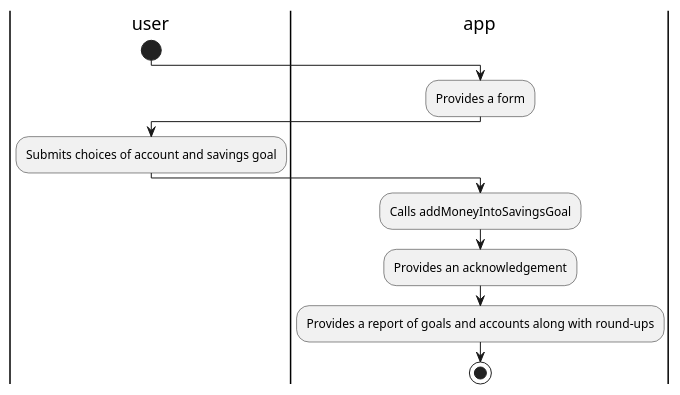
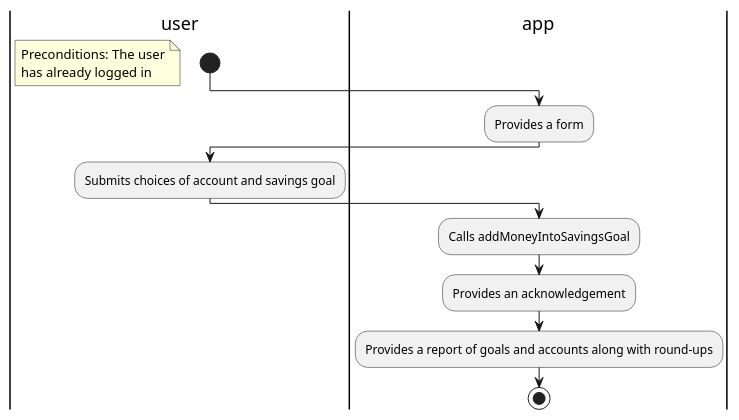
One commit to hristo-stefanov/MiniBankingDemo changed the diagram in diagrams/Save Round-up Activity Diagram.puml. Above: the diagram before and after it, drawn with PlantUML. The commit also changed 3 other files, not shown here.

Commit message:
Refine diagrams

```diff
--- a/diagrams/Save Round-up Activity Diagram.puml
+++ b/diagrams/Save Round-up Activity Diagram.puml
@@ -1,16 +1,17 @@
 @startuml
 'https://plantuml.com/activity-diagram-beta
-
 |user|
 start
+floating note left: Preconditions: The user\n\
+has already logged in
 |app|
 :Provides a form;
 |user|
 :Submits choices of account and savings goal;
 |app|
 :Calls addMoneyIntoSavingsGoal;
 :Provides an acknowledgement;
 :Provides a report of goals and accounts along with round-ups;
 stop
 
 @enduml
```
